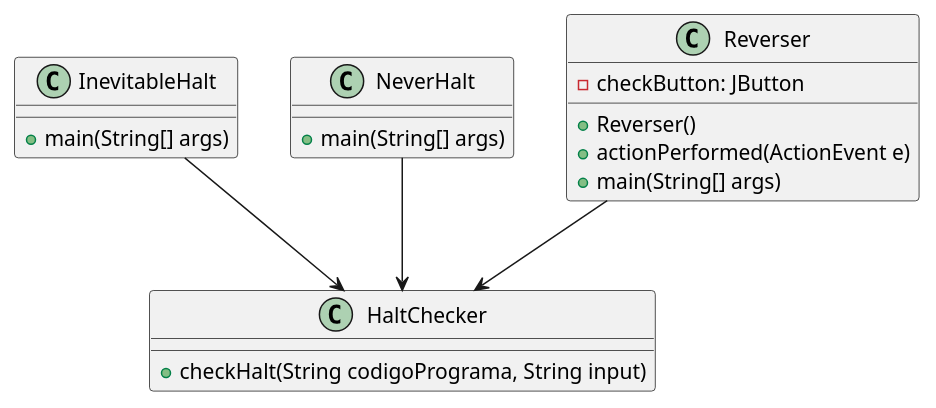
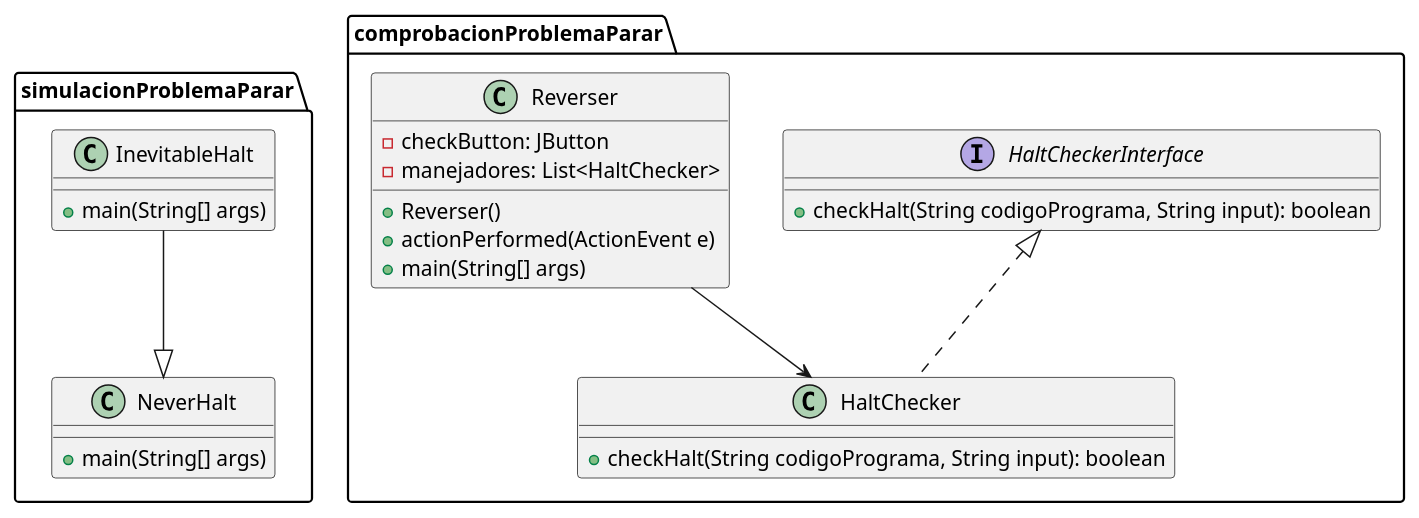
Before and after one commit to siraglez/TPexamen4: the diagram in src/main/java/diagramasUML/diagramaClases.puml, drawn with PlantUML. The commit also changed 1 other file, not shown here.

Commit message:
actualizar diagramaClases.puml

```diff
--- a/src/main/java/diagramasUML/diagramaClases.puml
+++ b/src/main/java/diagramasUML/diagramaClases.puml
@@ -1,26 +1,35 @@
 @startuml
 
-class InevitableHalt {
-    + main(String[] args)
+package simulacionProblemaParar {
+    class InevitableHalt {
+        +main(String[] args)
+    }
+
+    class NeverHalt {
+        +main(String[] args)
+    }
 }
 
-class NeverHalt {
-    + main(String[] args)
+package comprobacionProblemaParar {
+    interface HaltCheckerInterface {
+        +checkHalt(String codigoPrograma, String input): boolean
+    }
+
+    class HaltChecker {
+        +checkHalt(String codigoPrograma, String input): boolean
+    }
+
+    class Reverser {
+        -checkButton: JButton
+        -manejadores: List<HaltChecker>
+        +Reverser()
+        +actionPerformed(ActionEvent e)
+        +main(String[] args)
+    }
 }
 
-class HaltChecker {
-    + checkHalt(String codigoPrograma, String input)
-}
-
-class Reverser {
-    - checkButton: JButton
-    + Reverser()
-    + actionPerformed(ActionEvent e)
-    + main(String[] args)
-}
-
-InevitableHalt --> HaltChecker
-NeverHalt --> HaltChecker
+InevitableHalt --|> NeverHalt
+HaltCheckerInterface <|.. HaltChecker
 Reverser --> HaltChecker
 
 @enduml
```
